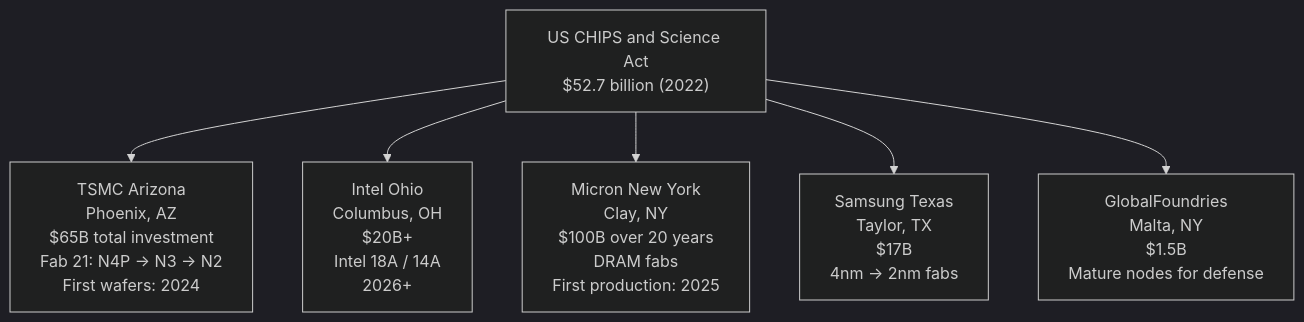
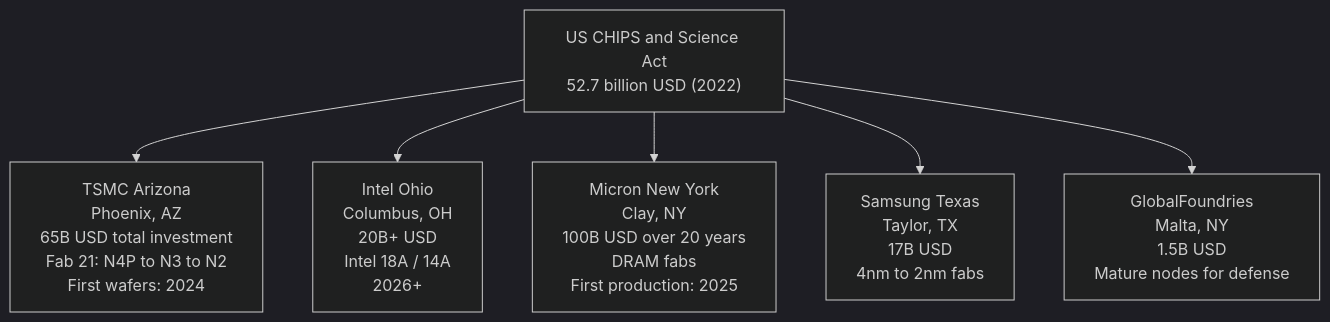
One commit to peterlyeung/Learn_Semiconductors changed diagram 13 of 14 in Chapter_05_Chip_Manufacturing.md. Above: the diagram before and after it, drawn with Mermaid (dark theme). The commit also changed other lines of this file and 3 other files, not shown here.

Commit message:
Fix Mermaid KaTeX errors: replace all dollar signs in diagram node labels

````diff
--- a/Chapter_05_Chip_Manufacturing.md
+++ b/Chapter_05_Chip_Manufacturing.md
@@ -255,10 +255,10 @@
 ```mermaid
 flowchart TD
-    CHIPS["US CHIPS and Science Act\n$52.7 billion (2022)"]
+    CHIPS["US CHIPS and Science Act\n52.7 billion USD (2022)"]
     
-    CHIPS --> TSMC_AZ["TSMC Arizona\nPhoenix, AZ\n$65B total investment\nFab 21: N4P → N3 → N2\nFirst wafers: 2024"]
-    CHIPS --> Intel_OH["Intel Ohio\nColumbus, OH\n$20B+\nIntel 18A / 14A\n2026+"]
-    CHIPS --> Micron_NY["Micron New York\nClay, NY\n$100B over 20 years\nDRAM fabs\nFirst production: 2025"]
-    CHIPS --> Samsung_TX["Samsung Texas\nTaylor, TX\n$17B\n4nm → 2nm fabs"]
-    CHIPS --> GF_NY["GlobalFoundries\nMalta, NY\n$1.5B\nMature nodes for defense"]
+    CHIPS --> TSMC_AZ["TSMC Arizona\nPhoenix, AZ\n65B USD total investment\nFab 21: N4P to N3 to N2\nFirst wafers: 2024"]
+    CHIPS --> Intel_OH["Intel Ohio\nColumbus, OH\n20B+ USD\nIntel 18A / 14A\n2026+"]
+    CHIPS --> Micron_NY["Micron New York\nClay, NY\n100B USD over 20 years\nDRAM fabs\nFirst production: 2025"]
+    CHIPS --> Samsung_TX["Samsung Texas\nTaylor, TX\n17B USD\n4nm to 2nm fabs"]
+    CHIPS --> GF_NY["GlobalFoundries\nMalta, NY\n1.5B USD\nMature nodes for defense"]
 ```
````
